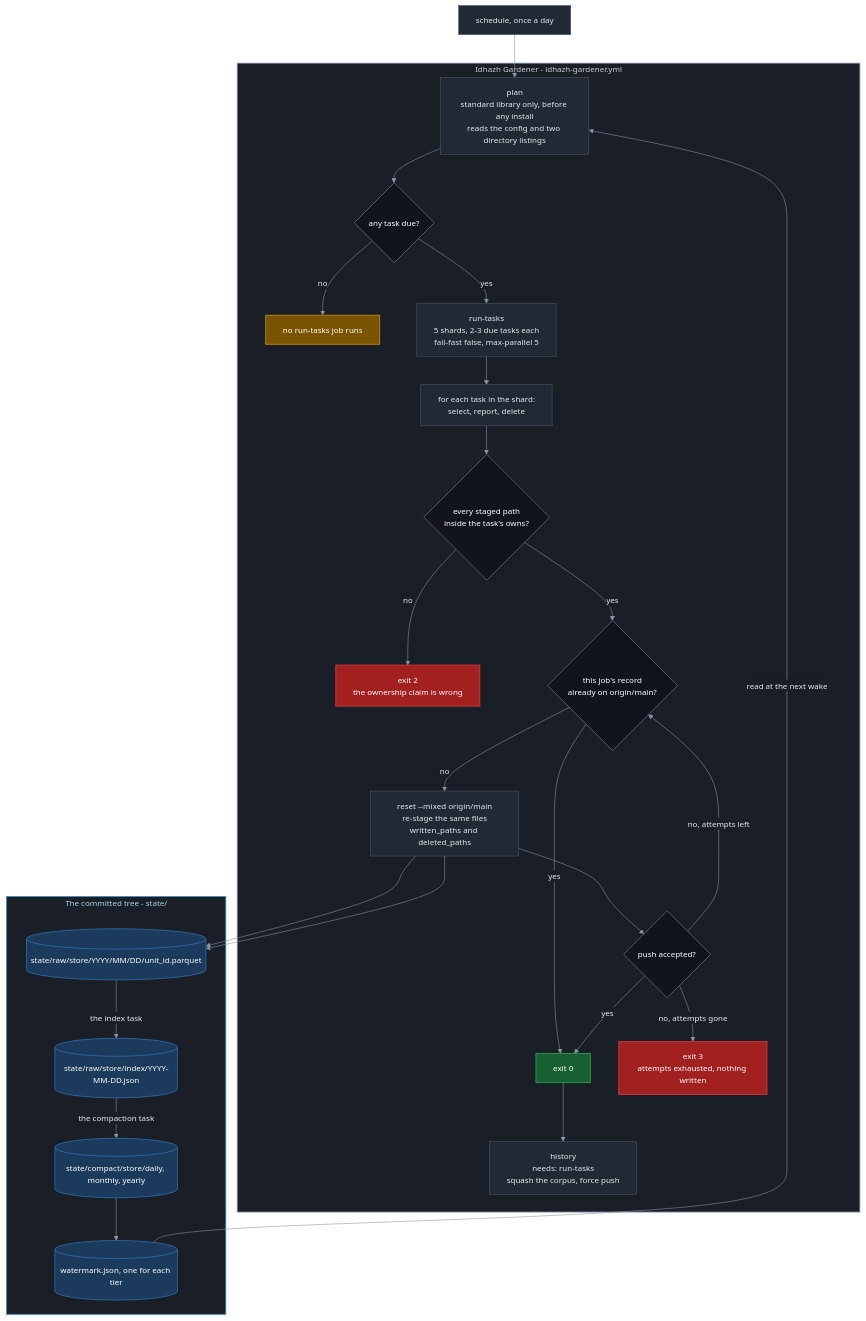
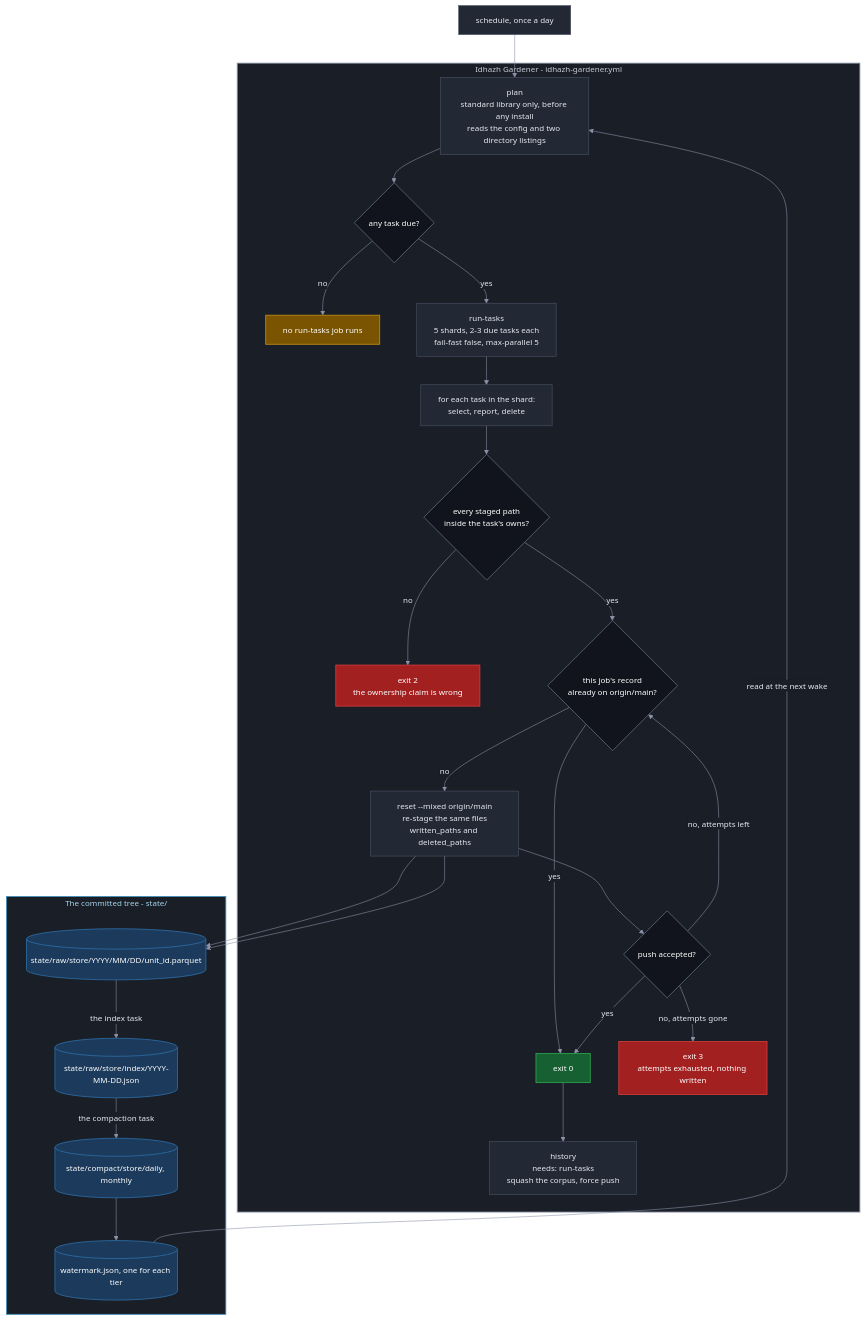
Before and after one commit to miztiik/yen-idhazh: the first of 2 diagrams in TODO/20260924-50-idhazh-gardener-plan.md, drawn with Mermaid. The commit also changed other lines of this file and 1 other file, not shown here.

````diff
--- a/TODO/20260924-50-idhazh-gardener-plan.md
+++ b/TODO/20260924-50-idhazh-gardener-plan.md
@@ -144,68 +151,68 @@
 ```mermaid
 %%{init: {"theme": "base", "themeVariables": {"background": "#0f1117", "primaryColor": "#222834", "primaryTextColor": "#e6e9f0", "primaryBorderColor": "#4b5468", "lineColor": "#8b93a7", "textColor": "#e6e9f0", "clusterBkg": "#1a1e27", "clusterBorder": "#3a4254", "titleColor": "#e6e9f0", "edgeLabelBackground": "#1a1e27", "fontSize": "14px"}}}%%
 flowchart TB
   CRON["schedule, once a day"]
 
   subgraph OPS["Idhazh Gardener - idhazh-gardener.yml"]
     PLAN["plan<br/>standard library only, before any install<br/>reads the config and two directory listings"]
     ANY{"any task due?"}
     IDLE["no run-tasks job runs"]
     TEND["run-tasks<br/>5 shards, 2-3 due tasks each<br/>fail-fast false, max-parallel 5"]
     RUN["for each task in the shard:<br/>select, report, delete"]
     OWNED{"every staged path<br/>inside the task's owns?"}
     OUTSIDE["exit 2<br/>the ownership claim is wrong"]
     LANDED{"this job's record<br/>already on origin/main?"}
     REAPPLY["reset --mixed origin/main<br/>re-stage the same files<br/>written_paths and deleted_paths"]
     PUSHED{"push accepted?"}
     OK["exit 0"]
     LOST["exit 3<br/>attempts exhausted, nothing written"]
     HIST["history<br/>needs: run-tasks<br/>squash the corpus, force push"]
   end
 
   subgraph TREE["The committed tree - state/"]
     RAW[("state/raw/store/YYYY/MM/DD/unit_id.parquet")]
     RIDX[("state/raw/store/index/YYYY-MM-DD.json")]
-    COMPACT[("state/compact/store/daily, monthly, yearly")]
+    COMPACT[("state/compact/store/daily, monthly")]
     WM[("watermark.json, one for each tier")]
   end
 
   CRON --> PLAN
   PLAN --> ANY
   ANY -->|"no"| IDLE
   ANY -->|"yes"| TEND
   TEND --> RUN
   RUN --> OWNED
   OWNED -->|"no"| OUTSIDE
   OWNED -->|"yes"| LANDED
   LANDED -->|"yes"| OK
   LANDED -->|"no"| REAPPLY
   REAPPLY --> RAW
   REAPPLY --> PUSHED
   PUSHED -->|"yes"| OK
   PUSHED -->|"no, attempts left"| LANDED
   PUSHED -->|"no, attempts gone"| LOST
   OK --> HIST
   WM -->|"read at the next wake"| PLAN
   REAPPLY --> RAW
   RAW -->|"the index task"| RIDX
   RIDX -->|"the compaction task"| COMPACT
   COMPACT --> WM
 
   classDef stage fill:#222834,stroke:#4b5468,stroke-width:1px,color:#e6e9f0;
   classDef decision fill:#11141c,stroke:#5b6477,stroke-width:1.5px,color:#ffffff;
   classDef yes fill:#176032,stroke:#2ea04f,stroke-width:1.5px,color:#ffffff;
   classDef no fill:#a32020,stroke:#d23b3b,stroke-width:1.5px,color:#ffffff;
   classDef warn fill:#7a5400,stroke:#c08a12,stroke-width:1.5px,color:#ffffff;
   classDef store fill:#1b3a5c,stroke:#2d6ca3,stroke-width:1.5px,color:#ffffff;
   classDef sysOps fill:#1a1e27,stroke:#8b93a7,stroke-width:1.5px,color:#c8cdd8;
   classDef sysPublish fill:#1a1e27,stroke:#3f8fb8,stroke-width:1.5px,color:#a5d6ea;
 
   class CRON,PLAN,TEND,RUN,REAPPLY,HIST stage;
   class ANY,OWNED,LANDED,PUSHED decision;
   class OK yes;
   class OUTSIDE,LOST no;
   class IDLE warn;
   class RAW,COMPACT,RIDX,WM store;
   class OPS sysOps;
   class TREE sysPublish;
 ```
````
